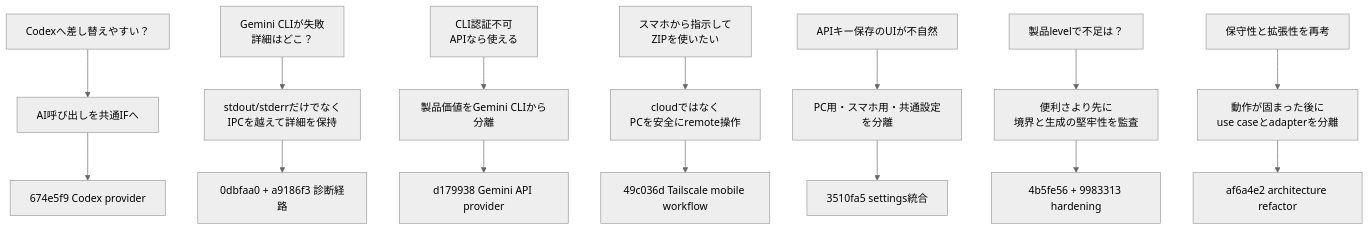
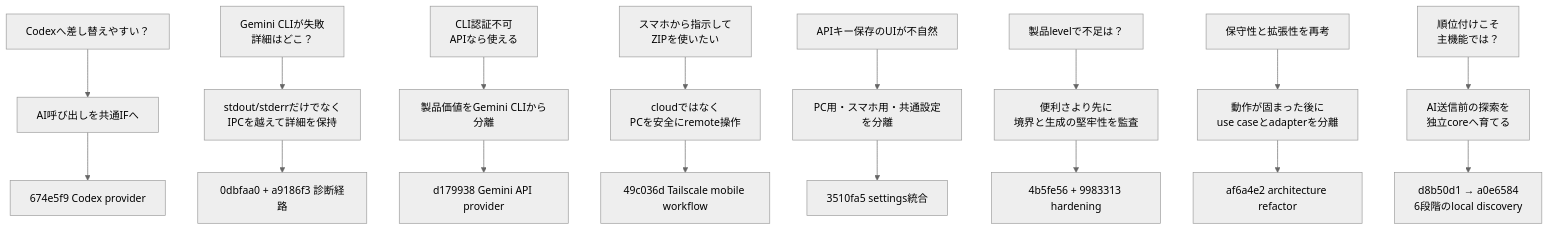
The fourth of 13 diagrams in docs/development-story.md (matsutanishimpei/make-summary), drawn with Mermaid (neutral theme) before and after one commit. The commit also changed other lines of this file and 1 other file, not shown here.

Commit message:
docs: trace local discovery rollout

````diff
--- a/docs/development-story.md
+++ b/docs/development-story.md
@@ -126,23 +139,26 @@
 ```mermaid
 flowchart TB
     Q1["Codexへ差し替えやすい？"] --> D1["AI呼び出しを共通IFへ"]
     D1 --> K1["674e5f9 Codex provider"]
 
     Q2["Gemini CLIが失敗<br/>詳細はどこ？"] --> D2["stdout/stderrだけでなく<br/>IPCを越えて詳細を保持"]
     D2 --> K2["0dbfaa0 + a9186f3 診断経路"]
 
     Q3["CLI認証不可<br/>APIなら使える"] --> D3["製品価値をGemini CLIから分離"]
     D3 --> K3["d179938 Gemini API provider"]
 
     Q4["スマホから指示して<br/>ZIPを使いたい"] --> D4["cloudではなく<br/>PCを安全にremote操作"]
     D4 --> K4["49c036d Tailscale mobile workflow"]
 
     Q5["APIキー保存のUIが不自然"] --> D5["PC用・スマホ用・共通設定を分離"]
     D5 --> K5["3510fa5 settings統合"]
 
     Q6["製品levelで不足は？"] --> D6["便利さより先に<br/>境界と生成の堅牢性を監査"]
     D6 --> K6["4b5fe56 + 9983313 hardening"]
 
     Q7["保守性と拡張性を再考"] --> D7["動作が固まった後に<br/>use caseとadapterを分離"]
     D7 --> K7["af6a4e2 architecture refactor"]
+
+    Q8["順位付けこそ<br/>主機能では？"] --> D8["AI送信前の探索を<br/>独立coreへ育てる"]
+    D8 --> K8["d8b50d1 → a0e6584<br/>6段階のlocal discovery"]
 ```
````
